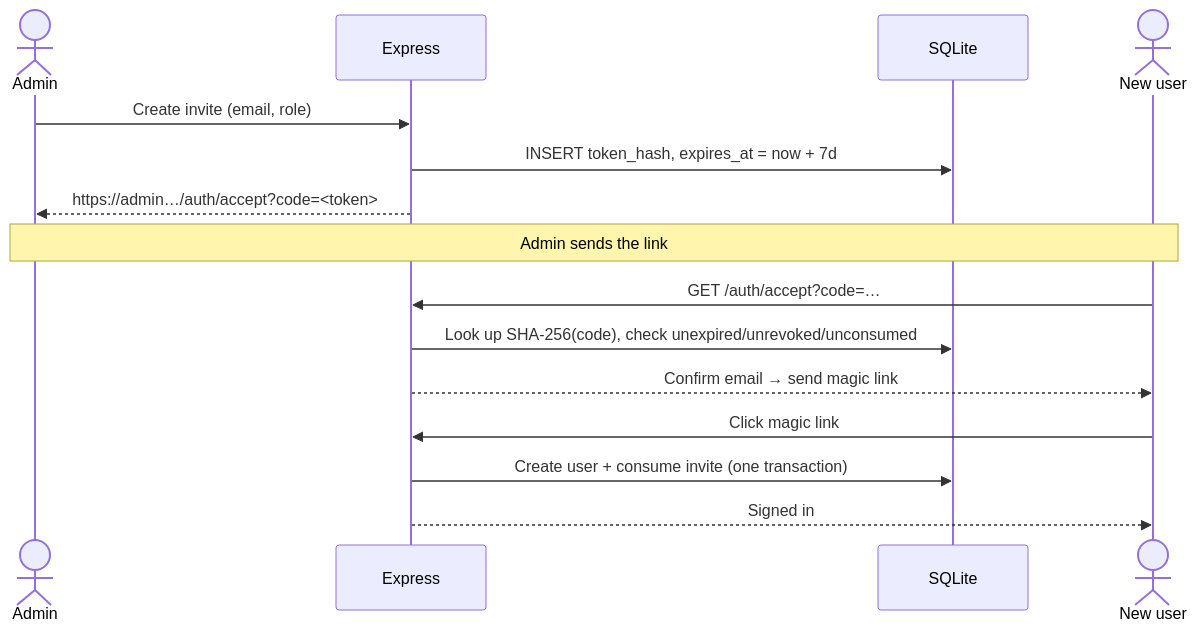
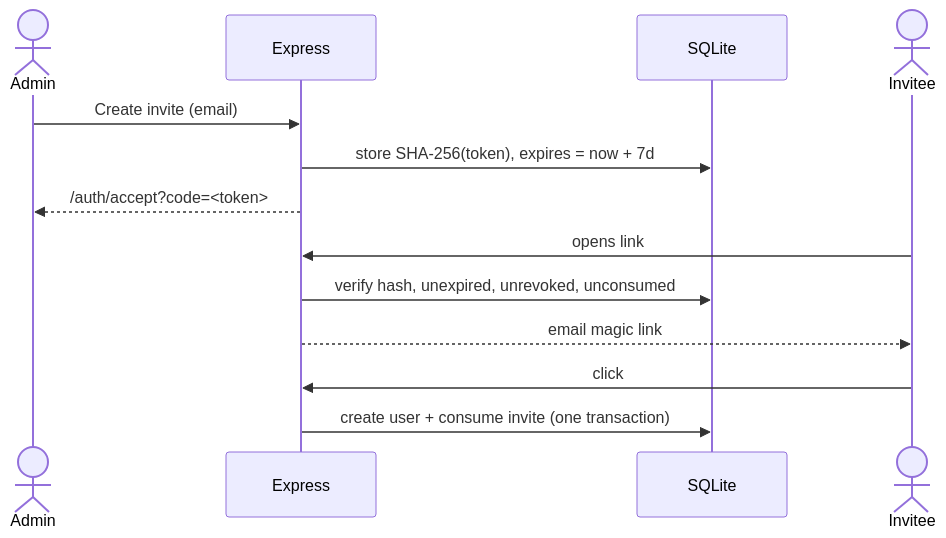
The fifth of 7 diagrams in docs/ADMIN_APP_PLAN.md (Cloudstrucc/automotive-studio), drawn with Mermaid before and after one commit. The commit also changed other lines of this file and 18 other files, not shown here.

````diff
--- a/docs/ADMIN_APP_PLAN.md
+++ b/docs/ADMIN_APP_PLAN.md
@@ -294,18 +237,15 @@
 ```mermaid
 sequenceDiagram
   actor A as Admin
   participant E as Express
   participant D as SQLite
-  actor N as New user
-
-  A->>E: Create invite (email, role)
-  E->>D: INSERT token_hash, expires_at = now + 7d
-  E-->>A: https://admin…/auth/accept?code=<token>
-  Note over A,N: Admin sends the link
-  N->>E: GET /auth/accept?code=…
-  E->>D: Look up SHA-256(code), check unexpired/unrevoked/unconsumed
-  E-->>N: Confirm email → send magic link
-  N->>E: Click magic link
-  E->>D: Create user + consume invite (one transaction)
-  E-->>N: Signed in
+  actor N as Invitee
+  A->>E: Create invite (email)
+  E->>D: store SHA-256(token), expires = now + 7d
+  E-->>A: /auth/accept?code=<token>
+  N->>E: opens link
+  E->>D: verify hash, unexpired, unrevoked, unconsumed
+  E-->>N: email magic link
+  N->>E: click
+  E->>D: create user + consume invite (one transaction)
 ```
````
